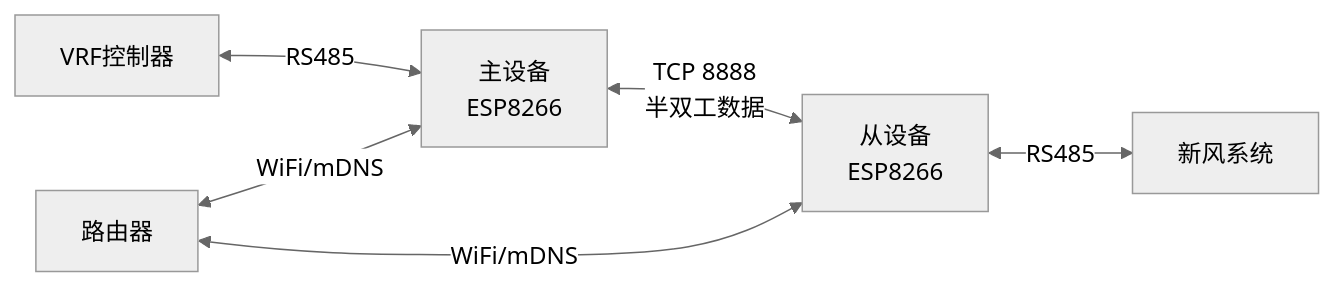
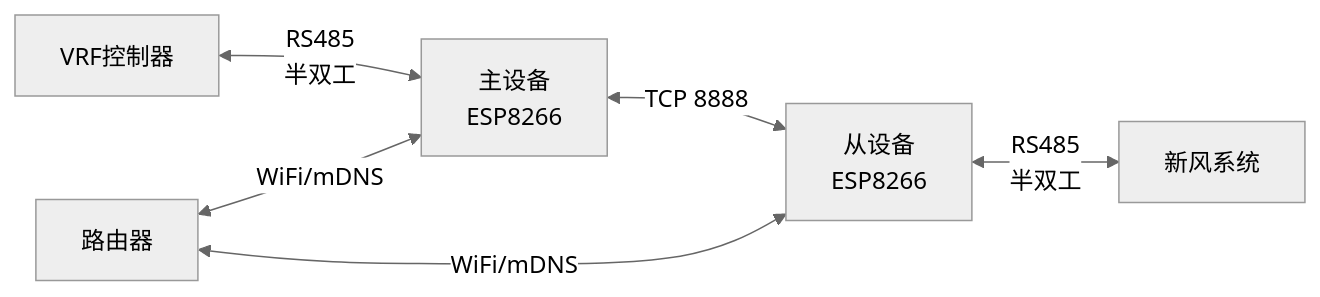
The first of 4 diagrams in requirements.md (davidhoo/WiFly485), drawn with Mermaid (neutral theme) before and after one commit. The commit also changed other lines of this file and 1 other file, not shown here.

````diff
--- a/requirements.md
+++ b/requirements.md
@@ -25,9 +23,9 @@
 ```mermaid
 graph LR
-    A[VRF控制器] <-->|RS485| B[主设备<br>ESP8266]
-    C[从设备<br>ESP8266] <-->|RS485| D[新风系统]
-    B <-->|TCP 8888<br>半双工数据| C
+    A[VRF控制器] <-->|RS485<br>半双工| B[主设备<br>ESP8266]
+    C[从设备<br>ESP8266] <-->|RS485<br>半双工| D[新风系统]
+    B <-->|TCP 8888| C
     
     E[路由器] <-->|WiFi/mDNS| B
     E <-->|WiFi/mDNS| C
 ```
````
